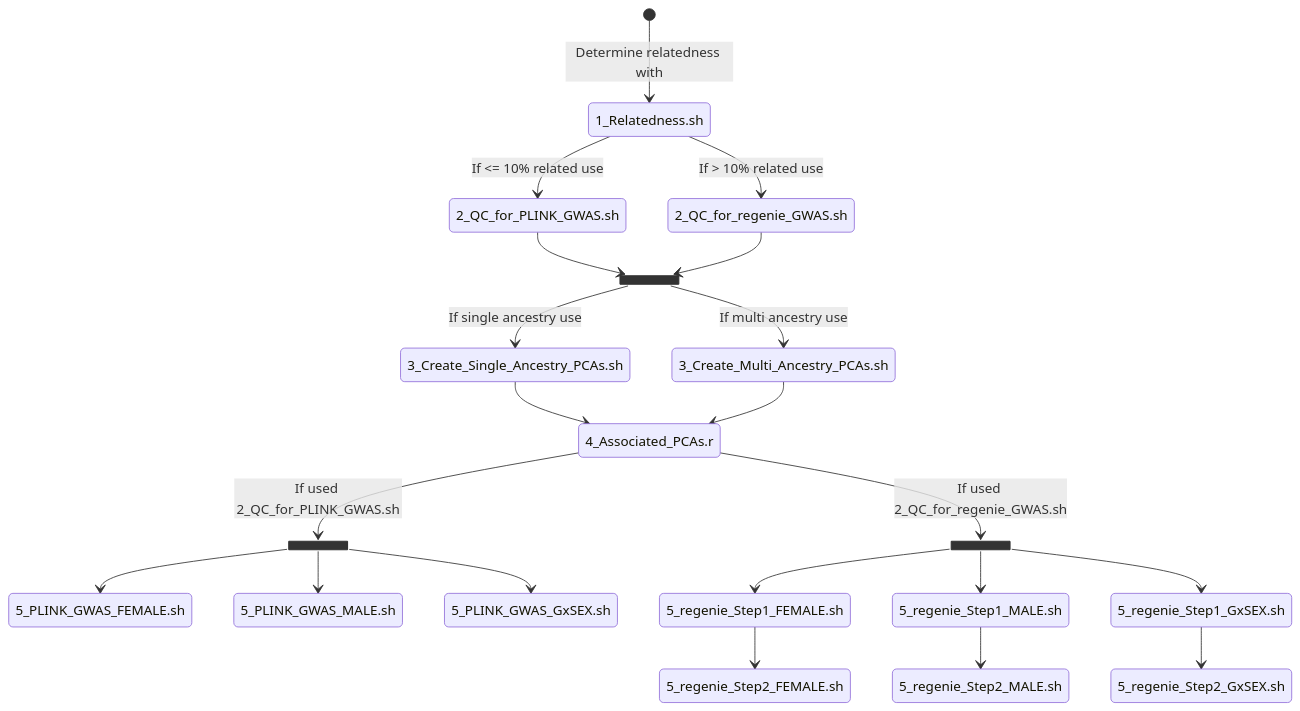
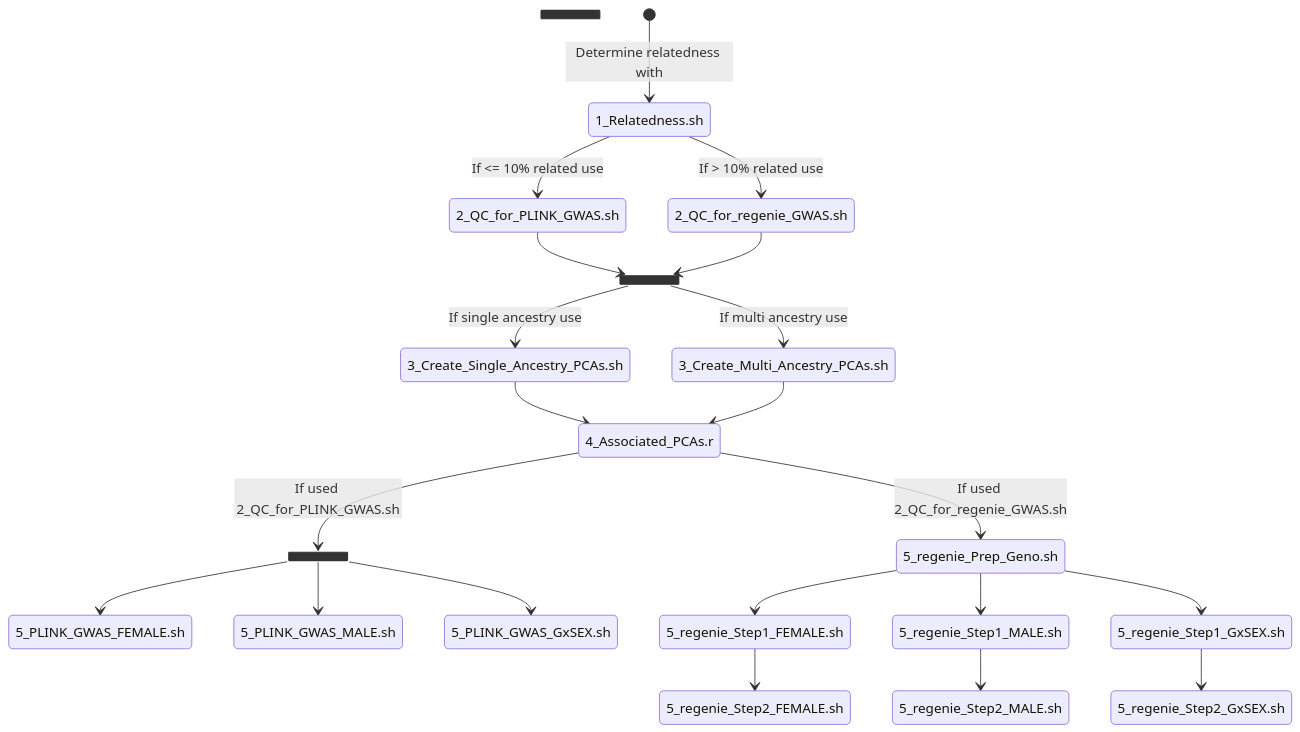
The diagram in README.md (psychiatric-genomics-consortium/sex-stratified-depression), drawn with Mermaid before and after one commit. The commit also changed other lines of this file, not shown here.

````diff
--- a/README.md
+++ b/README.md
@@ -52,26 +48,26 @@
 ```mermaid
 stateDiagram-v2
  state anc <<join>>
  state rel2 <<join>>
  state rel <<join>>
  [*] --> 1_Relatedness.sh : Determine relatedness with
  1_Relatedness.sh --> 2_QC_for_PLINK_GWAS.sh : If <= 10% related use
  1_Relatedness.sh --> 2_QC_for_regenie_GWAS.sh : If > 10% related use
  2_QC_for_PLINK_GWAS.sh --> anc
  2_QC_for_regenie_GWAS.sh --> anc
  anc --> 3_Create_Single_Ancestry_PCAs.sh : If single ancestry use
  anc --> 3_Create_Multi_Ancestry_PCAs.sh : If multi ancestry use
  3_Create_Single_Ancestry_PCAs.sh --> 4_Associated_PCAs.r
  3_Create_Multi_Ancestry_PCAs.sh --> 4_Associated_PCAs.r
- 4_Associated_PCAs.r --> rel2 : If used 2_QC_for_regenie_GWAS.sh
+ 4_Associated_PCAs.r --> 5_regenie_Prep_Geno.sh : If used 2_QC_for_regenie_GWAS.sh
  4_Associated_PCAs.r --> rel : If used 2_QC_for_PLINK_GWAS.sh
  rel --> 5_PLINK_GWAS_FEMALE.sh
  rel --> 5_PLINK_GWAS_MALE.sh
  rel --> 5_PLINK_GWAS_GxSEX.sh
- rel2 --> 5_regenie_Step1_FEMALE.sh
- rel2 --> 5_regenie_Step1_MALE.sh
- rel2 --> 5_regenie_Step1_GxSEX.sh
+ 5_regenie_Prep_Geno.sh --> 5_regenie_Step1_FEMALE.sh
+ 5_regenie_Prep_Geno.sh --> 5_regenie_Step1_MALE.sh
+ 5_regenie_Prep_Geno.sh --> 5_regenie_Step1_GxSEX.sh
  5_regenie_Step1_FEMALE.sh --> 5_regenie_Step2_FEMALE.sh
  5_regenie_Step1_MALE.sh --> 5_regenie_Step2_MALE.sh
  5_regenie_Step1_GxSEX.sh --> 5_regenie_Step2_GxSEX.sh 
 ```
````
